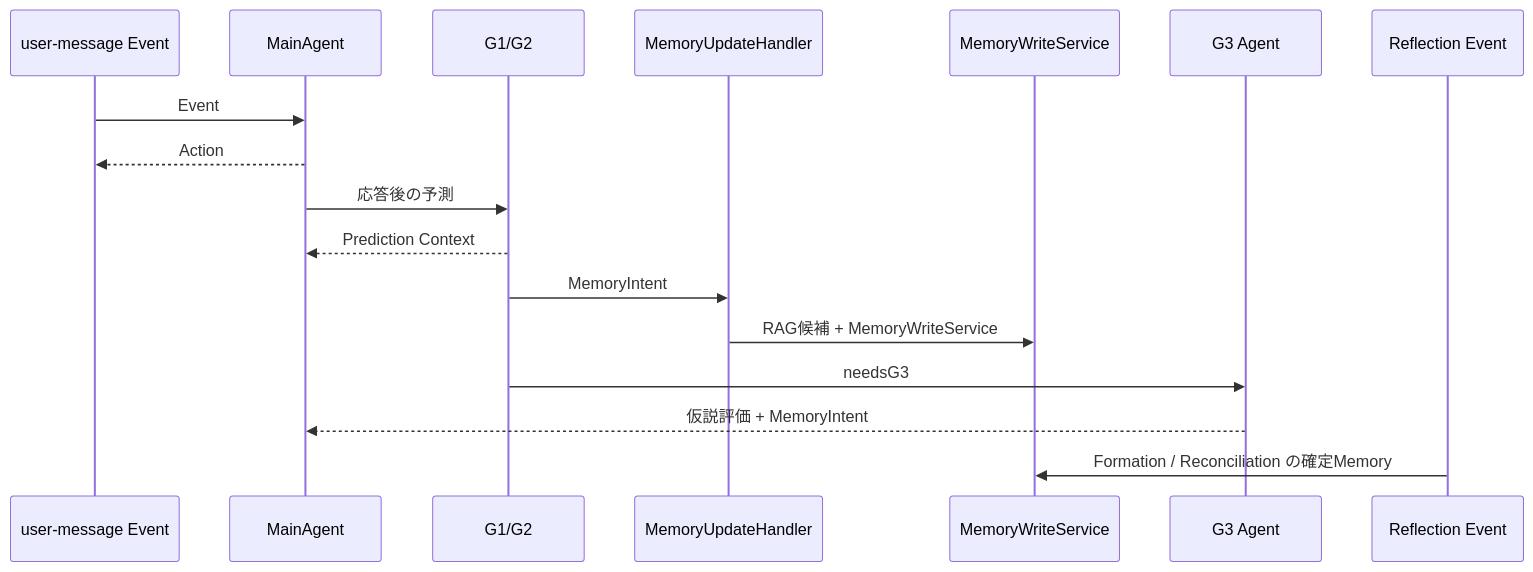
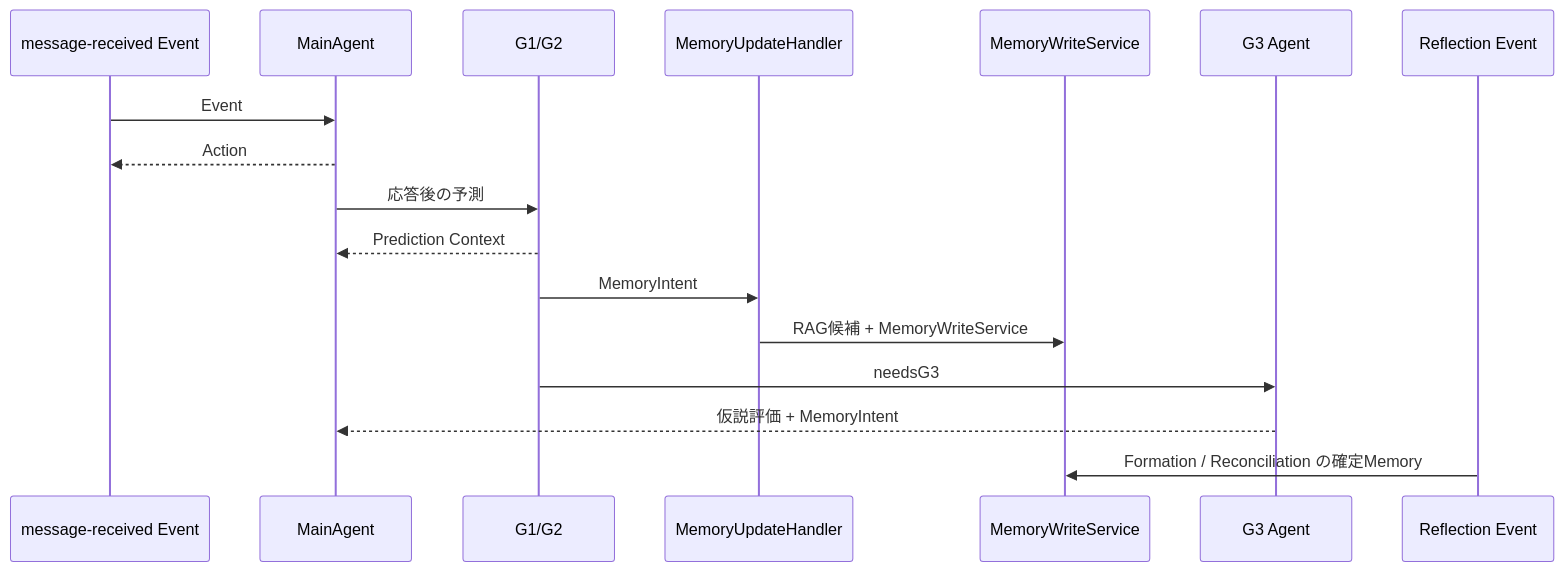
The fourth of 8 diagrams in docs/AGENT_MOTIVATION_MODEL.md (if001/social_agent), drawn with Mermaid before and after one commit. The commit also changed other lines of this file and 7 other files, not shown here.

Commit message:
docs: complete issue 061 social message event design

````diff
--- a/docs/AGENT_MOTIVATION_MODEL.md
+++ b/docs/AGENT_MOTIVATION_MODEL.md
@@ -209,20 +209,20 @@
 ```mermaid
 sequenceDiagram
-    participant U as user-message Event
+    participant U as message-received Event
     participant C as MainAgent
     participant P as G1/G2
     participant MU as MemoryUpdateHandler
     participant MW as MemoryWriteService
     participant G3 as G3 Agent
     participant R as Reflection Event
 
     U->>C: Event
     C-->>U: Action
     C->>P: 応答後の予測
     P-->>C: Prediction Context
     P->>MU: MemoryIntent
     MU->>MW: RAG候補 + MemoryWriteService
     P->>G3: needsG3
     G3-->>C: 仮説評価 + MemoryIntent
     R->>MW: Formation / Reconciliation の確定Memory
 ```
````
